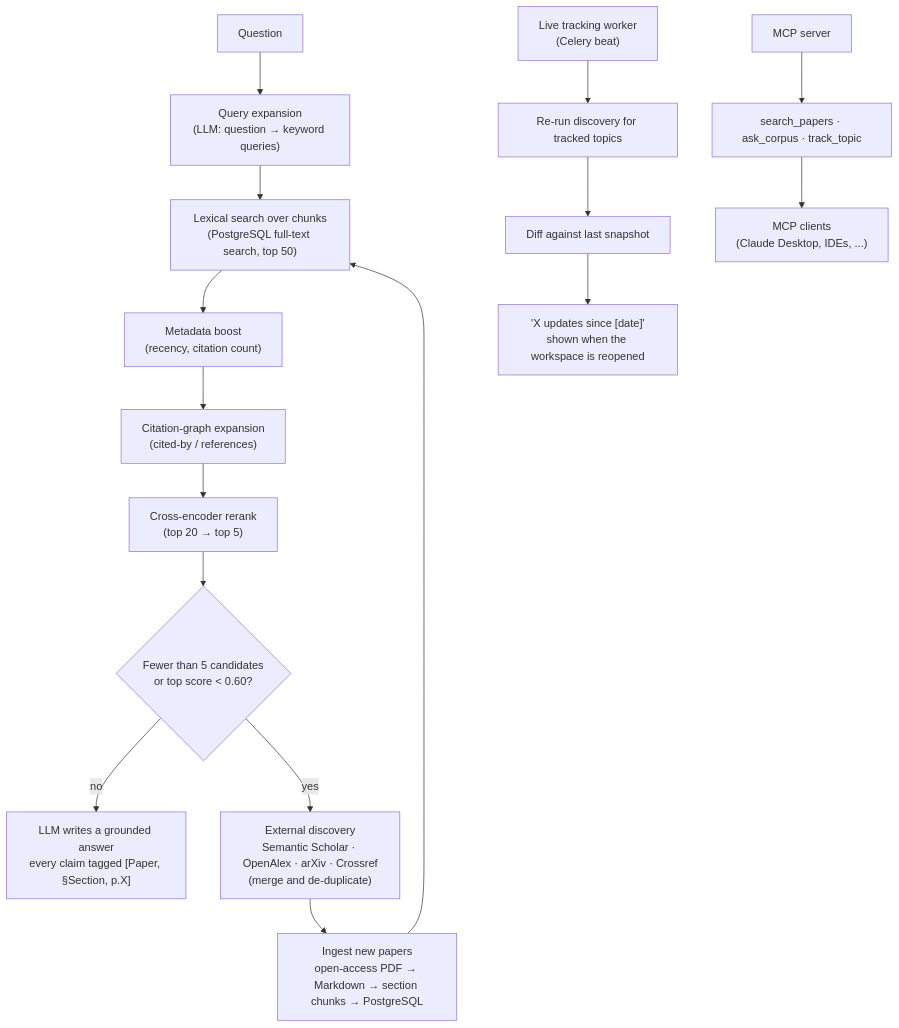
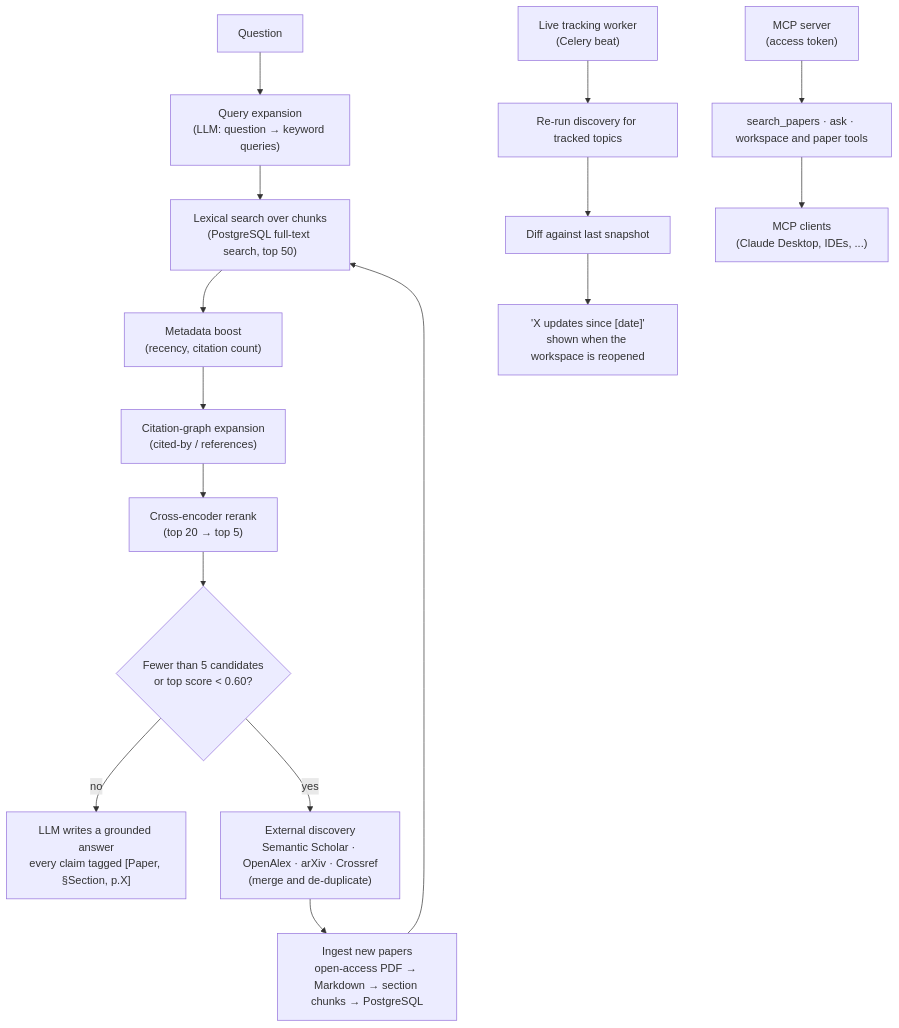
Before and after one commit to hisuperaman/index-r: the diagram in docs/PROJECT_OVERVIEW.md, drawn with Mermaid. The commit also changed other lines of this file and 41 other files, not shown here.

Commit message:
Add MCP server with research tools and personal access tokens

````diff
--- a/docs/PROJECT_OVERVIEW.md
+++ b/docs/PROJECT_OVERVIEW.md
@@ -44,20 +44,20 @@
 ```mermaid
 flowchart TD
     Q["Question"] --> E["Query expansion<br/>(LLM: question → keyword queries)"]
     E --> S["Lexical search over chunks<br/>(PostgreSQL full-text search, top 50)"]
     S --> B["Metadata boost<br/>(recency, citation count)"]
     B --> G["Citation-graph expansion<br/>(cited-by / references)"]
     G --> R["Cross-encoder rerank<br/>(top 20 → top 5)"]
     R --> GATE{"Fewer than 5 candidates<br/>or top score < 0.60?"}
     GATE -- "no" --> A["LLM writes a grounded answer<br/>every claim tagged [Paper, §Section, p.X]"]
     GATE -- "yes" --> D["External discovery<br/>Semantic Scholar · OpenAlex · arXiv · Crossref<br/>(merge and de-duplicate)"]
     D --> ING["Ingest new papers<br/>open-access PDF → Markdown → section chunks → PostgreSQL"]
     ING --> S
 
     T["Live tracking worker<br/>(Celery beat)"] --> RP["Re-run discovery for tracked topics"]
     RP --> DIFF["Diff against last snapshot"]
     DIFF --> UP["'X updates since [date]'<br/>shown when the workspace is reopened"]
 
-    MCP["MCP server"] --> TOOLS["search_papers · ask_corpus · track_topic"]
+    MCP["MCP server<br/>(access token)"] --> TOOLS["search_papers · ask · workspace and paper tools"]
     TOOLS --> CLIENTS["MCP clients<br/>(Claude Desktop, IDEs, ...)"]
 ```
````
